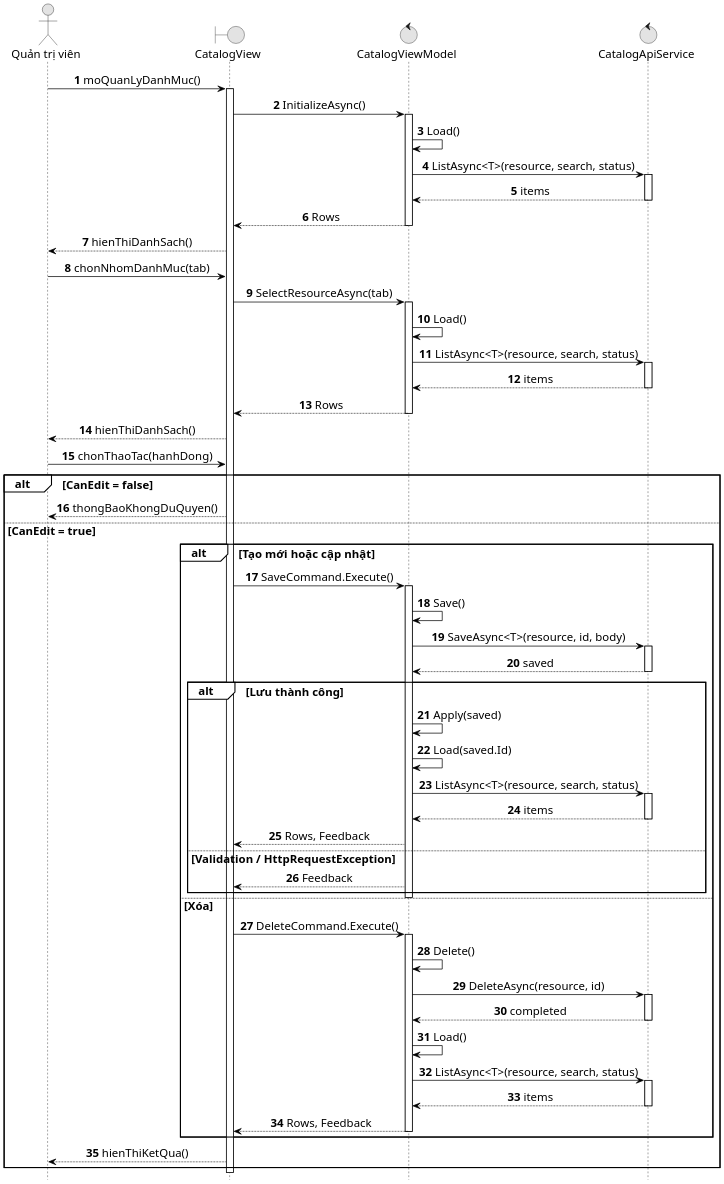
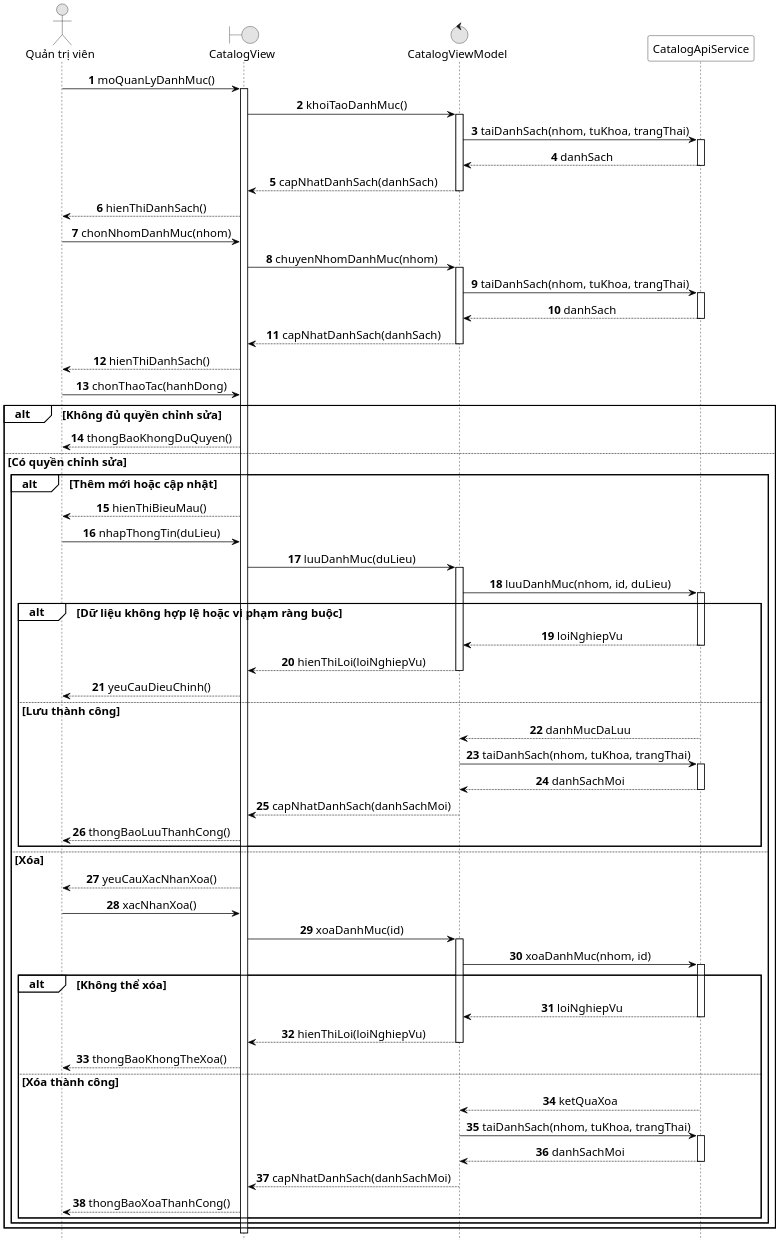
Before and after one commit to datngo1203/KLCN-QuanLyTiemChung: the diagram in docs/thesis/uml/Hinh_2_10_Sequence_Quan_Ly_Danh_Muc_Tiem_Chung.puml, drawn with PlantUML.

Commit message:
docs: finalize UC1 sequence logical operations

```diff
--- a/docs/thesis/uml/Hinh_2_10_Sequence_Quan_Ly_Danh_Muc_Tiem_Chung.puml
+++ b/docs/thesis/uml/Hinh_2_10_Sequence_Quan_Ly_Danh_Muc_Tiem_Chung.puml
@@ -1,104 +1,114 @@
 @startuml
 ' THESIS-R1 - HUIT/Rational Rose Sequence Diagram profile
-' UC1 naming aligned to main implementation
+' UC1 - logical operations with code traceability
 skinparam monochrome true
 skinparam shadowing false
 skinparam backgroundColor white
 skinparam defaultFontName "Times New Roman"
 skinparam defaultFontSize 16
 skinparam dpi 180
 skinparam sequence {
   ArrowColor black
   LifeLineBorderColor black
   LifeLineBackgroundColor white
   ParticipantBorderColor black
   ParticipantBackgroundColor white
   ActorBorderColor black
   ActorFontColor black
   ParticipantFontColor black
   GroupBorderColor black
   GroupBackgroundColor white
   GroupFontColor black
   MessageAlign center
 }
 hide footbox
 autonumber
 
 actor "Quản trị viên" as Admin
 boundary "CatalogView" as View
 control "CatalogViewModel" as VM
-control "CatalogApiService" as Service
+participant "CatalogApiService" as Service
 
 Admin -> View : moQuanLyDanhMuc()
 activate View
-View -> VM : InitializeAsync()
+View -> VM : khoiTaoDanhMuc()
 activate VM
-VM -> VM : Load()
-VM -> Service : ListAsync<T>(resource, search, status)
+VM -> Service : taiDanhSach(nhom, tuKhoa, trangThai)
 activate Service
-Service --> VM : items
+Service --> VM : danhSach
 deactivate Service
-VM --> View : Rows
+VM --> View : capNhatDanhSach(danhSach)
 deactivate VM
 View --> Admin : hienThiDanhSach()
 
-Admin -> View : chonNhomDanhMuc(tab)
-View -> VM : SelectResourceAsync(tab)
+Admin -> View : chonNhomDanhMuc(nhom)
+View -> VM : chuyenNhomDanhMuc(nhom)
 activate VM
-VM -> VM : Load()
-VM -> Service : ListAsync<T>(resource, search, status)
+VM -> Service : taiDanhSach(nhom, tuKhoa, trangThai)
 activate Service
-Service --> VM : items
+Service --> VM : danhSach
 deactivate Service
-VM --> View : Rows
+VM --> View : capNhatDanhSach(danhSach)
 deactivate VM
 View --> Admin : hienThiDanhSach()
 
 Admin -> View : chonThaoTac(hanhDong)
 
-alt CanEdit = false
+alt Không đủ quyền chỉnh sửa
   View --> Admin : thongBaoKhongDuQuyen()
-else CanEdit = true
-  alt Tạo mới hoặc cập nhật
-    View -> VM : SaveCommand.Execute()
+else Có quyền chỉnh sửa
+  alt Thêm mới hoặc cập nhật
+    View --> Admin : hienThiBieuMau()
+    Admin -> View : nhapThongTin(duLieu)
+    View -> VM : luuDanhMuc(duLieu)
     activate VM
-    VM -> VM : Save()
-    VM -> Service : SaveAsync<T>(resource, id, body)
+    VM -> Service : luuDanhMuc(nhom, id, duLieu)
     activate Service
-    Service --> VM : saved
-    deactivate Service
 
-    alt Lưu thành công
-      VM -> VM : Apply(saved)
-      VM -> VM : Load(saved.Id)
-      VM -> Service : ListAsync<T>(resource, search, status)
+    alt Dữ liệu không hợp lệ hoặc vi phạm ràng buộc
+      Service --> VM : loiNghiepVu
+      deactivate Service
+      VM --> View : hienThiLoi(loiNghiepVu)
+      deactivate VM
+      View --> Admin : yeuCauDieuChinh()
+    else Lưu thành công
+      Service --> VM : danhMucDaLuu
+      deactivate Service
+      VM -> Service : taiDanhSach(nhom, tuKhoa, trangThai)
       activate Service
-      Service --> VM : items
+      Service --> VM : danhSachMoi
       deactivate Service
-      VM --> View : Rows, Feedback
-    else Validation / HttpRequestException
-      VM --> View : Feedback
+      VM --> View : capNhatDanhSach(danhSachMoi)
+      deactivate VM
+      View --> Admin : thongBaoLuuThanhCong()
     end
-    deactivate VM
   else Xóa
-    View -> VM : DeleteCommand.Execute()
+    View --> Admin : yeuCauXacNhanXoa()
+    Admin -> View : xacNhanXoa()
+    View -> VM : xoaDanhMuc(id)
     activate VM
-    VM -> VM : Delete()
-    VM -> Service : DeleteAsync(resource, id)
+    VM -> Service : xoaDanhMuc(nhom, id)
     activate Service
-    Service --> VM : completed
-    deactivate Service
-    VM -> VM : Load()
-    VM -> Service : ListAsync<T>(resource, search, status)
-    activate Service
-    Service --> VM : items
-    deactivate Service
-    VM --> View : Rows, Feedback
-    deactivate VM
+
+    alt Không thể xóa
+      Service --> VM : loiNghiepVu
+      deactivate Service
+      VM --> View : hienThiLoi(loiNghiepVu)
+      deactivate VM
+      View --> Admin : thongBaoKhongTheXoa()
+    else Xóa thành công
+      Service --> VM : ketQuaXoa
+      deactivate Service
+      VM -> Service : taiDanhSach(nhom, tuKhoa, trangThai)
+      activate Service
+      Service --> VM : danhSachMoi
+      deactivate Service
+      VM --> View : capNhatDanhSach(danhSachMoi)
+      deactivate VM
+      View --> Admin : thongBaoXoaThanhCong()
+    end
   end
-
-  View --> Admin : hienThiKetQua()
 end
 
 deactivate View
 @enduml
```
